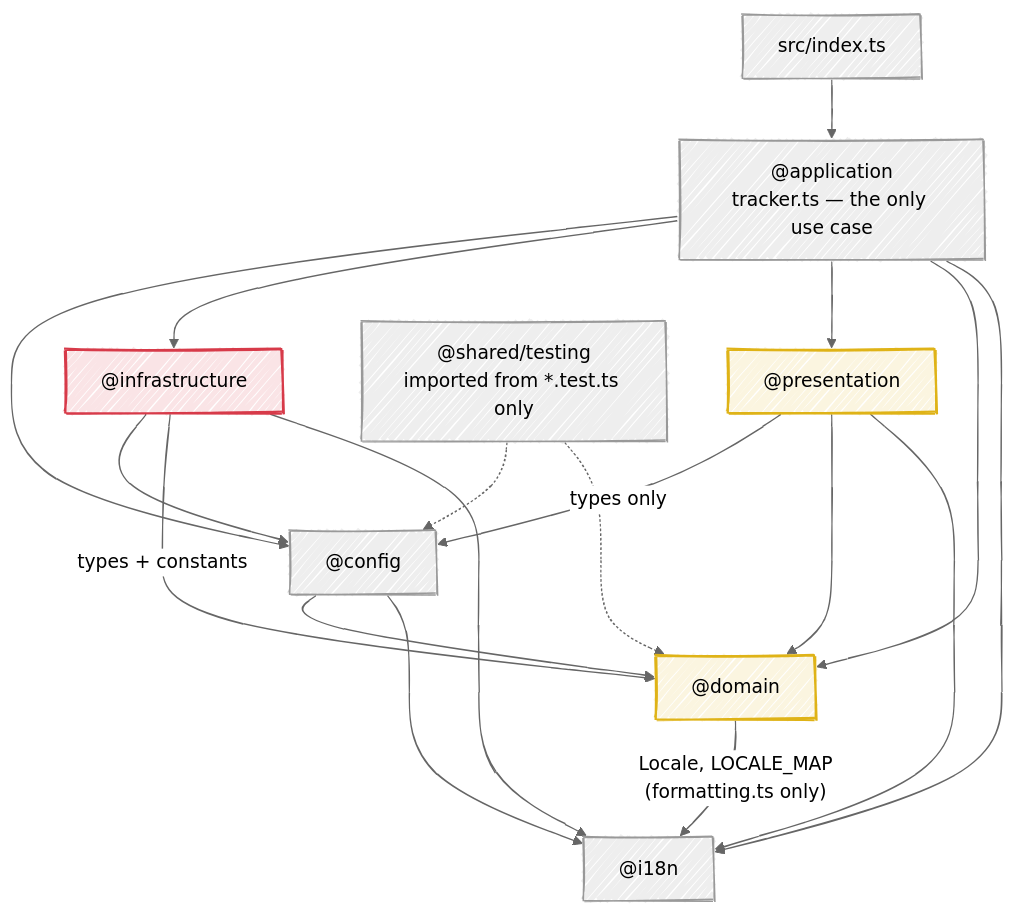
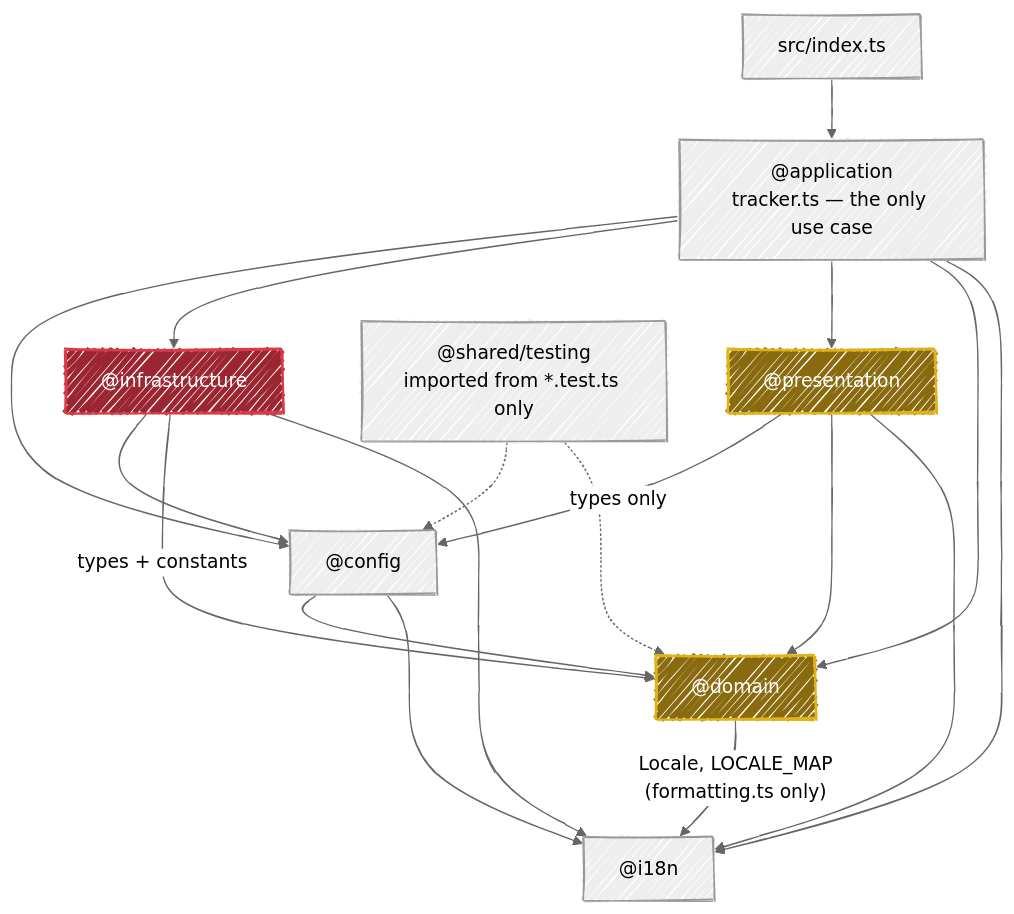
One commit to fbuireu/github-star-tracker changed the diagram in ARCHITECTURE.md. Above: the diagram before and after it, drawn with Mermaid.

Commit message:
docs: make the styled layer-map nodes legible in dark mode
The pure and io classes filled at 13% opacity (#dfb31722, #d73a4922), so the
node background was effectively the page background while theme: neutral kept
the label dark. In dark mode that is dark text on near-black, which is why
@domain, @presentation and @infrastructure were the three unreadable nodes.

Fills are now opaque and dark enough for white labels, 5.0:1 and 7.8:1 against
white. The gold and red strokes are unchanged, so the legend below the diagram
still describes what it draws. The solid pastel fills in the README and
How-It-Works flowcharts are deliberately left alone: they are opaque and light,
so their dark labels already read in both modes, and white text would ruin them.

````diff
--- a/ARCHITECTURE.md
+++ b/ARCHITECTURE.md
@@ -15,33 +15,33 @@
 ```mermaid
 ---
 config:
   look: handDrawn
   theme: neutral
 ---
 flowchart TD
     idx["src/index.ts"] --> app["@application<br/>tracker.ts — the only use case"]
 
     app --> cfg["@config"]
     app --> infra["@infrastructure"]
     app --> pres["@presentation"]
     app --> dom["@domain"]
     app --> i18n["@i18n"]
 
     cfg --> dom
     cfg --> i18n
     pres -->|types only| cfg
     pres --> dom
     pres --> i18n
     infra --> cfg
     infra -->|types + constants| dom
     infra --> i18n
     dom -->|"Locale, LOCALE_MAP<br/>(formatting.ts only)"| i18n
 
     test["@shared/testing<br/>imported from *.test.ts only"] -.-> cfg
     test -.-> dom
 
-    classDef pure fill:#dfb31722,stroke:#dfb317,stroke-width:2px
-    classDef io fill:#d73a4922,stroke:#d73a49,stroke-width:2px
+    classDef pure fill:#8a6a0f,stroke:#dfb317,stroke-width:2px,color:#fff
+    classDef io fill:#9b2530,stroke:#d73a49,stroke-width:2px,color:#fff
     class dom,pres pure
     class infra io
 ```
````
